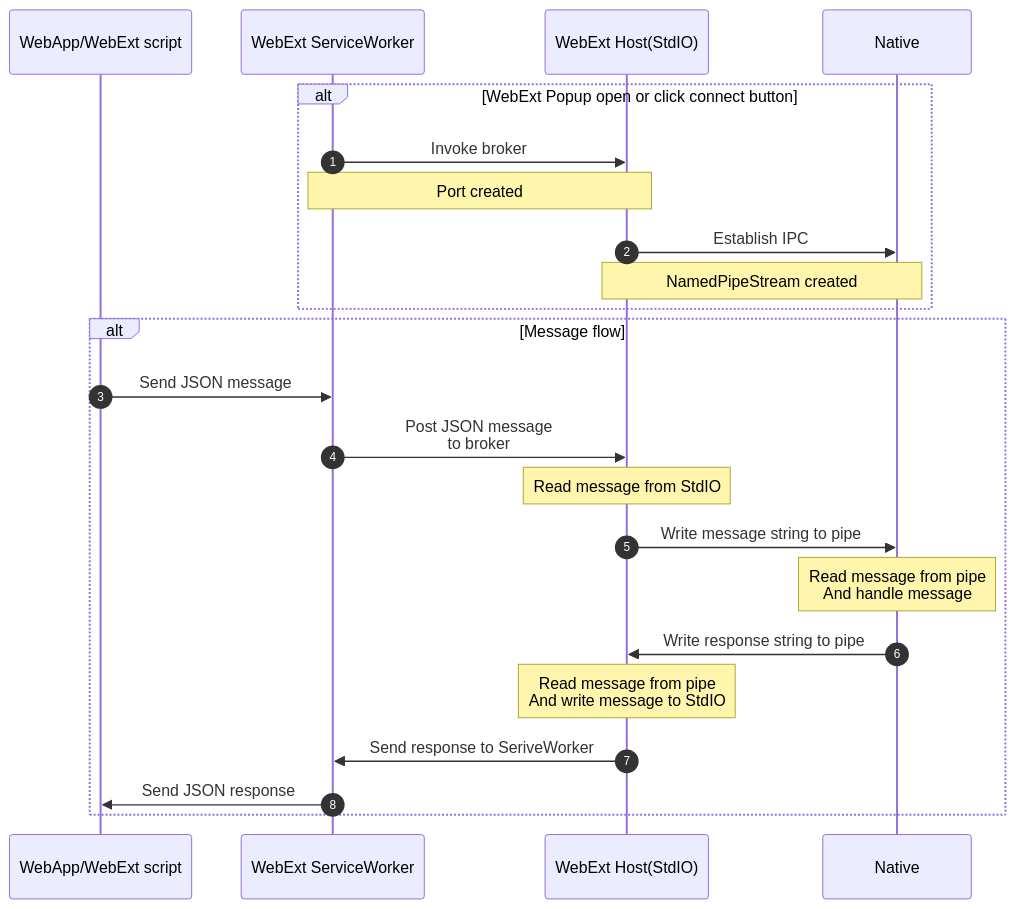
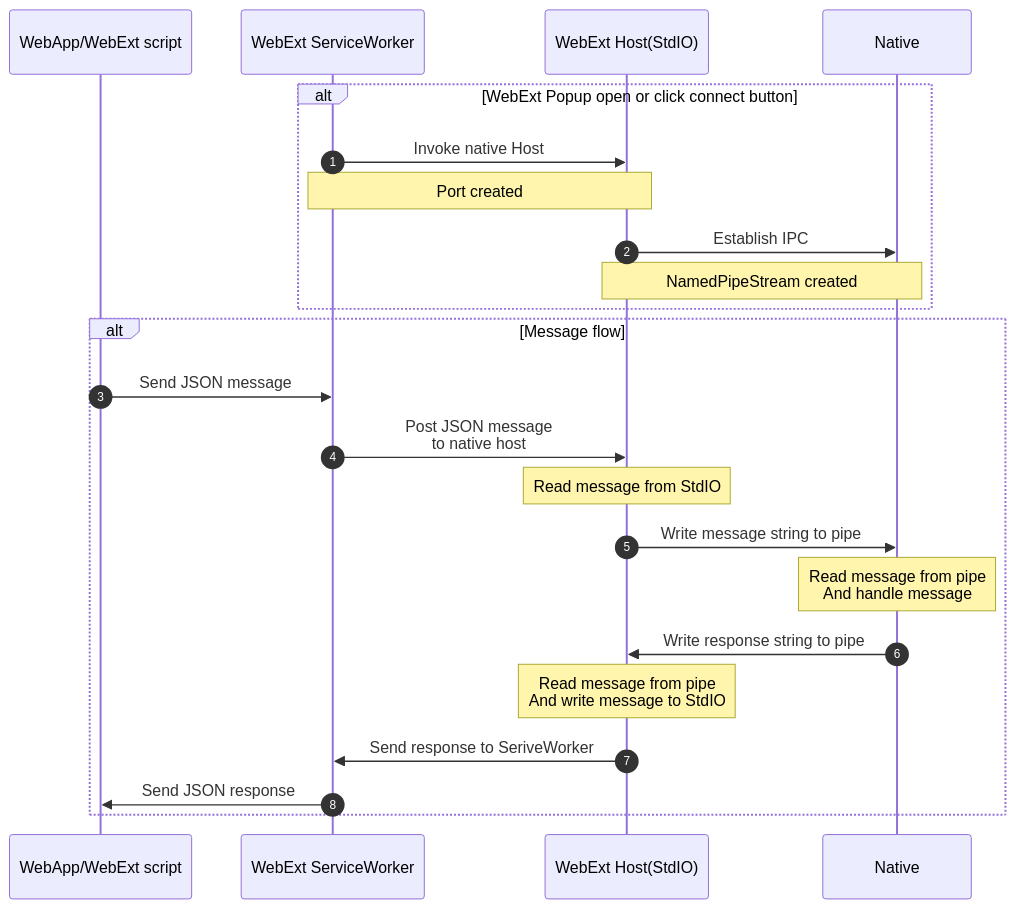
The diagram in README.md (thusimon/YouTubeAssist), drawn with Mermaid before and after one commit. The commit also changed 1 other file, not shown here.

Commit message:
Improve Readme

````diff
--- a/README.md
+++ b/README.md
@@ -13,28 +13,28 @@
 ```mermaid
 sequenceDiagram
 autonumber
 
 participant External as WebApp/WebExt script
 participant WebExt_SW as WebExt ServiceWorker
 participant WebExt_Host as WebExt Host(StdIO)
 participant Native
 
 alt WebExt Popup open or click connect button
-WebExt_SW ->> WebExt_Host: Invoke broker
+WebExt_SW ->> WebExt_Host: Invoke native Host
 Note over WebExt_SW,WebExt_Host: Port created
 WebExt_Host ->> Native: Establish IPC
 Note over WebExt_Host, Native: NamedPipeStream created
 end
 
 alt Message flow
 External ->> WebExt_SW: Send JSON message
-WebExt_SW ->> WebExt_Host: Post JSON message<br>to broker
+WebExt_SW ->> WebExt_Host: Post JSON message<br>to native host
 Note over WebExt_Host: Read message from StdIO
 WebExt_Host ->> Native: Write message string to pipe
 Note over Native: Read message from pipe<br>And handle message
 Native ->> WebExt_Host:  Write response string to pipe
 Note over WebExt_Host: Read message from pipe<br>And write message to StdIO
 WebExt_Host ->> WebExt_SW: Send response to SeriveWorker
 WebExt_SW ->> External: Send JSON response
 end
 ```
````
